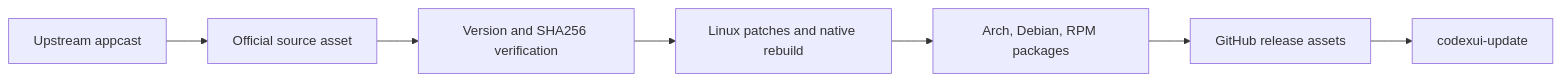
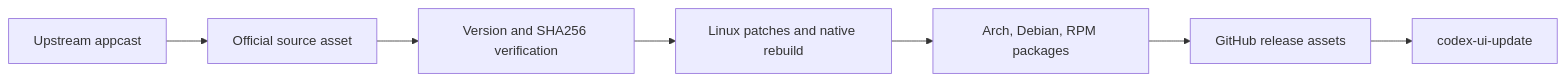
The diagram in arquitectura.md (0xCyberBerserker/codex-ui-linux-port), drawn with Mermaid before and after one commit. The commit also changed other lines of this file and 10 other files, not shown here.

````diff
--- a/arquitectura.md
+++ b/arquitectura.md
@@ -7,9 +7,9 @@
 ```mermaid
 flowchart LR
     appcast["Upstream appcast"] --> source["Official source asset"]
     source --> verify["Version and SHA256 verification"]
     verify --> patch["Linux patches and native rebuild"]
     patch --> packages["Arch, Debian, RPM packages"]
     packages --> release["GitHub release assets"]
-    release --> updater["codexui-update"]
+    release --> updater["codex-ui-update"]
 ```
````
